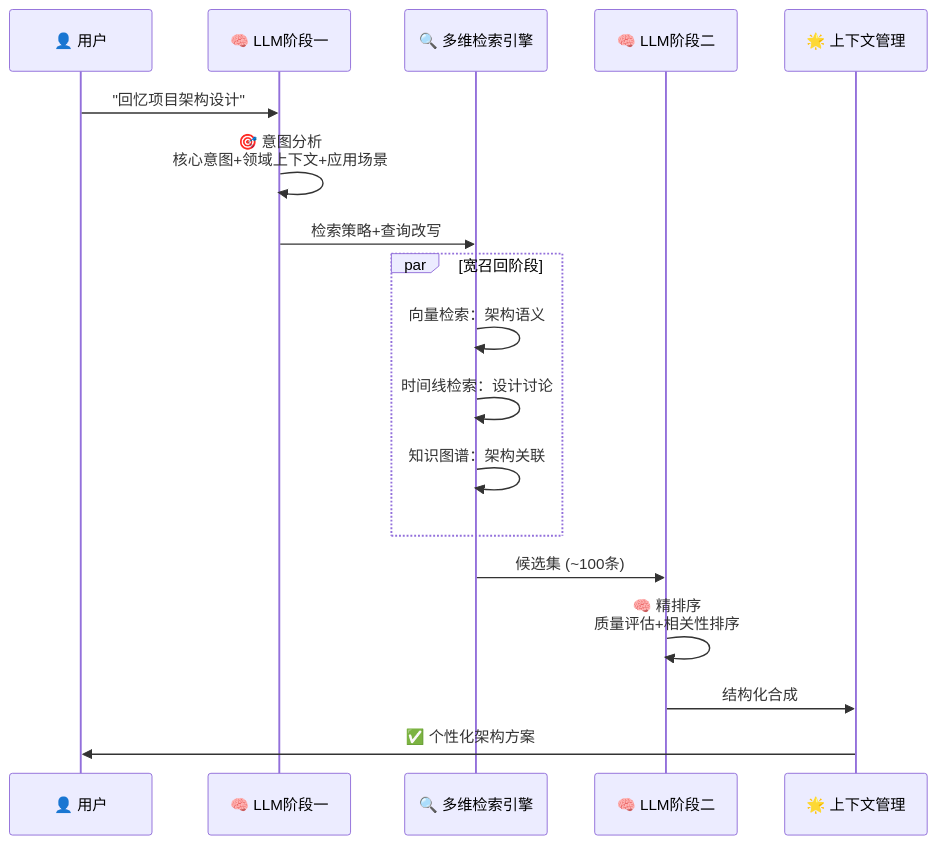
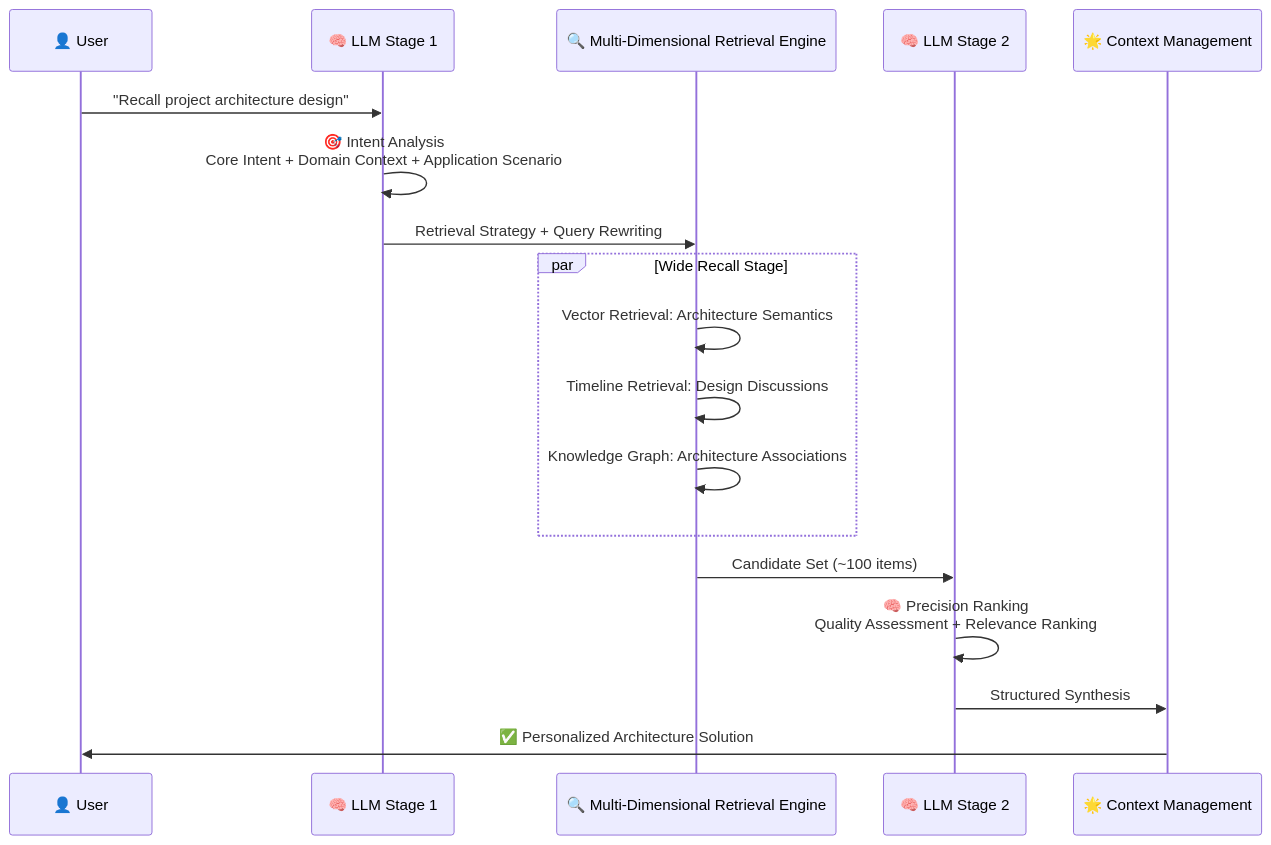
Before and after one commit to GitEnglish/emergent-corpus-L2-context-keeper: the second of 5 diagrams in README.md, drawn with Mermaid. The commit also changed other lines of this file and 6 other files, not shown here.

````diff
--- a/README.md
+++ b/README.md
@@ -170,23 +173,23 @@
 ```mermaid
 sequenceDiagram
-    participant User as 👤 用户
-    participant LLM1 as 🧠 LLM阶段一
-    participant MDRE as 🔍 多维检索引擎
-    participant LLM2 as 🧠 LLM阶段二
-    participant Context as 🌟 上下文管理
+    participant User as 👤 User
+    participant LLM1 as 🧠 LLM Stage 1
+    participant MDRE as 🔍 Multi-Dimensional Retrieval Engine
+    participant LLM2 as 🧠 LLM Stage 2
+    participant Context as 🌟 Context Management
     
-    User->>LLM1: "回忆项目架构设计"
-    LLM1->>LLM1: 🎯 意图分析<br/>核心意图+领域上下文+应用场景
-    LLM1->>MDRE: 检索策略+查询改写
+    User->>LLM1: "Recall project architecture design"
+    LLM1->>LLM1: 🎯 Intent Analysis<br/>Core Intent + Domain Context + Application Scenario
+    LLM1->>MDRE: Retrieval Strategy + Query Rewriting
     
-    par 宽召回阶段
-        MDRE->>MDRE: 向量检索：架构语义
-        MDRE->>MDRE: 时间线检索：设计讨论
-        MDRE->>MDRE: 知识图谱：架构关联
+    par Wide Recall Stage
+        MDRE->>MDRE: Vector Retrieval: Architecture Semantics
+        MDRE->>MDRE: Timeline Retrieval: Design Discussions
+        MDRE->>MDRE: Knowledge Graph: Architecture Associations
     end
     
-    MDRE->>LLM2: 候选集 (~100条)
-    LLM2->>LLM2: 🧠 精排序<br/>质量评估+相关性排序
-    LLM2->>Context: 结构化合成
-    Context->>User: ✅ 个性化架构方案
+    MDRE->>LLM2: Candidate Set (~100 items)
+    LLM2->>LLM2: 🧠 Precision Ranking<br/>Quality Assessment + Relevance Ranking
+    LLM2->>Context: Structured Synthesis
+    Context->>User: ✅ Personalized Architecture Solution
 ```
````
